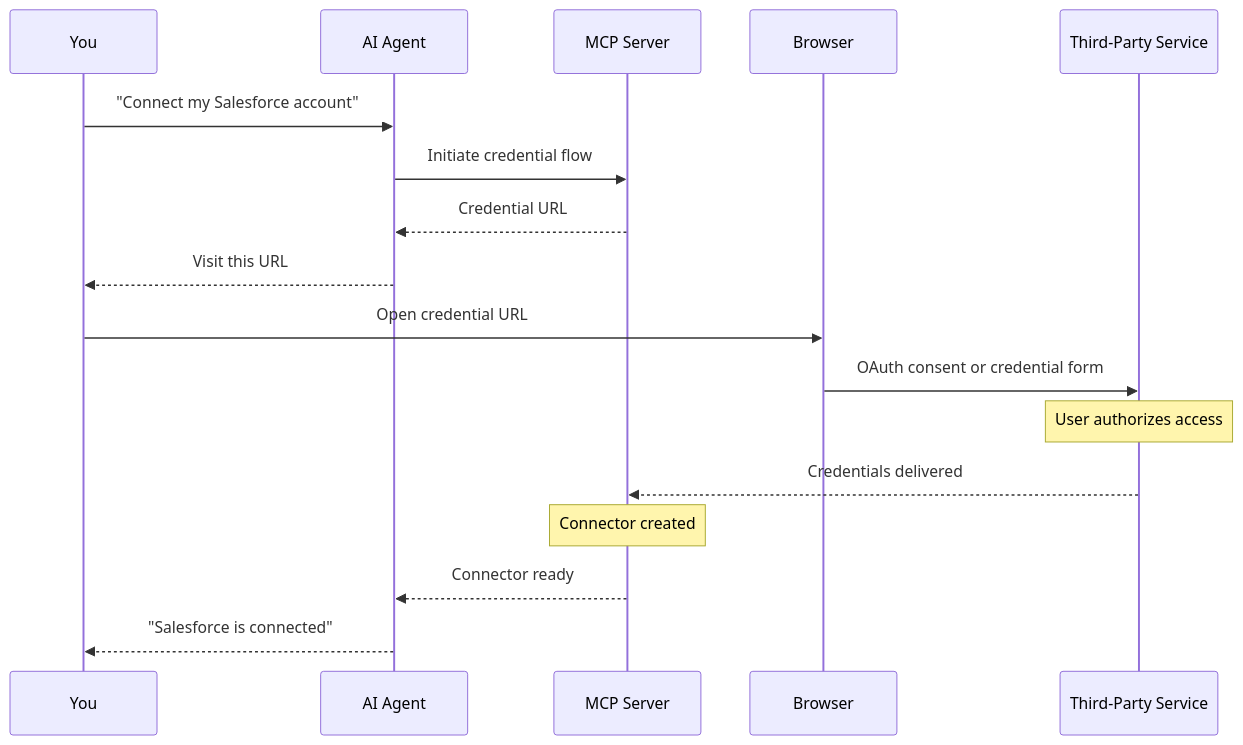
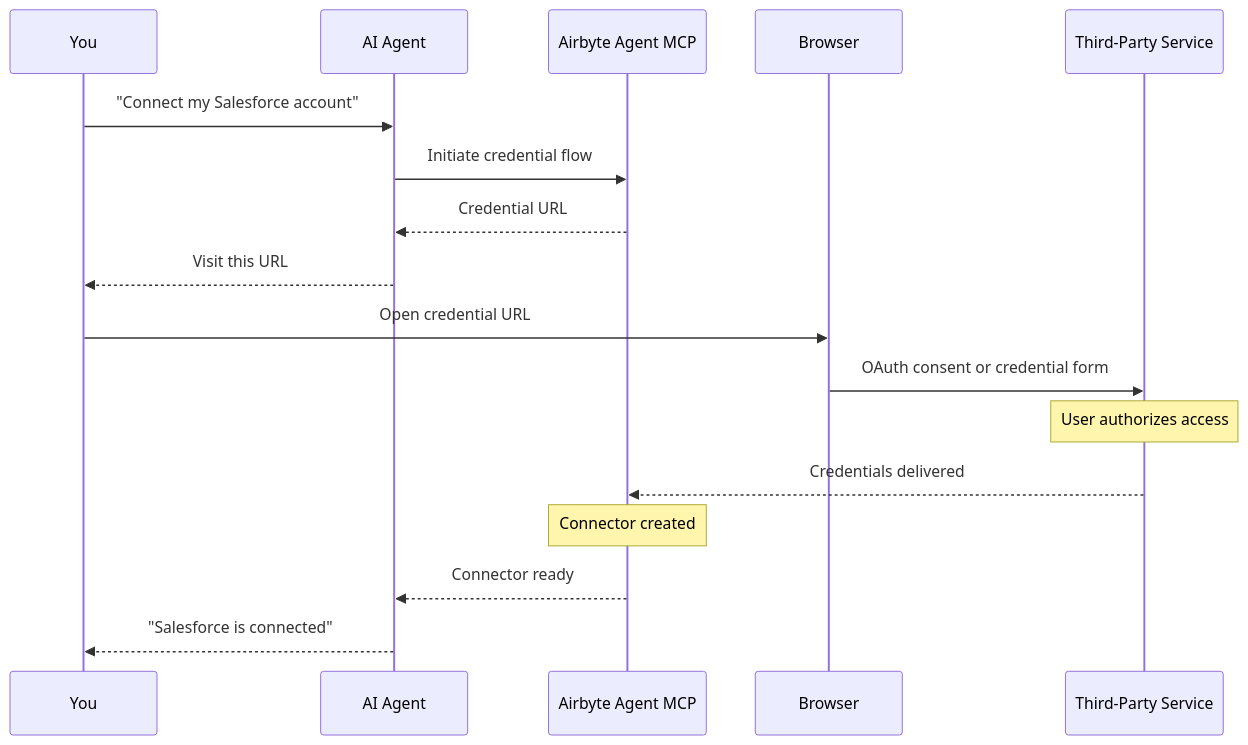
The second of 2 diagrams in docs/ai-agents/interfaces/mcp/readme.md (airbytehq/airbyte), drawn with Mermaid before and after one commit. The commit also changed other lines of this file and 18 other files, not shown here.

Commit message:
docs(ai-agents): rename MCP server to Airbyte Agent MCP across ai-agents docs

````diff
--- a/docs/ai-agents/interfaces/mcp/readme.md
+++ b/docs/ai-agents/interfaces/mcp/readme.md
@@ -383,20 +384,20 @@
 ```mermaid
 sequenceDiagram
     participant User as You
     participant Agent as AI Agent
-    participant MCP as MCP Server
+    participant MCP as Airbyte Agent MCP
     participant Browser as Browser
     participant Service as Third-Party Service
 
     User->>Agent: "Connect my Salesforce account"
     Agent->>MCP: Initiate credential flow
     MCP-->>Agent: Credential URL
     Agent-->>User: Visit this URL
     User->>Browser: Open credential URL
     Browser->>Service: OAuth consent or credential form
     Note over Service: User authorizes access
     Service-->>MCP: Credentials delivered
     Note over MCP: Connector created
     MCP-->>Agent: Connector ready
     Agent-->>User: "Salesforce is connected"
 ```
````
